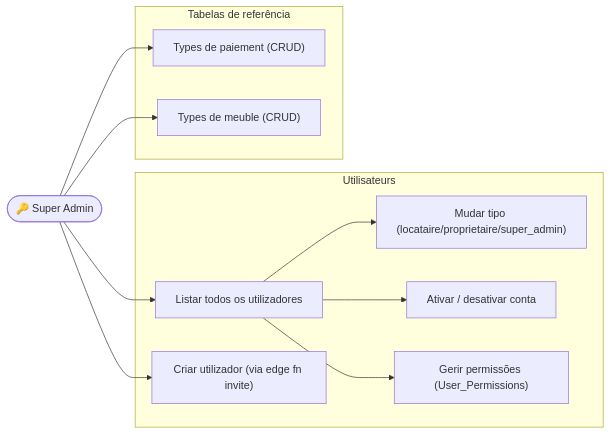
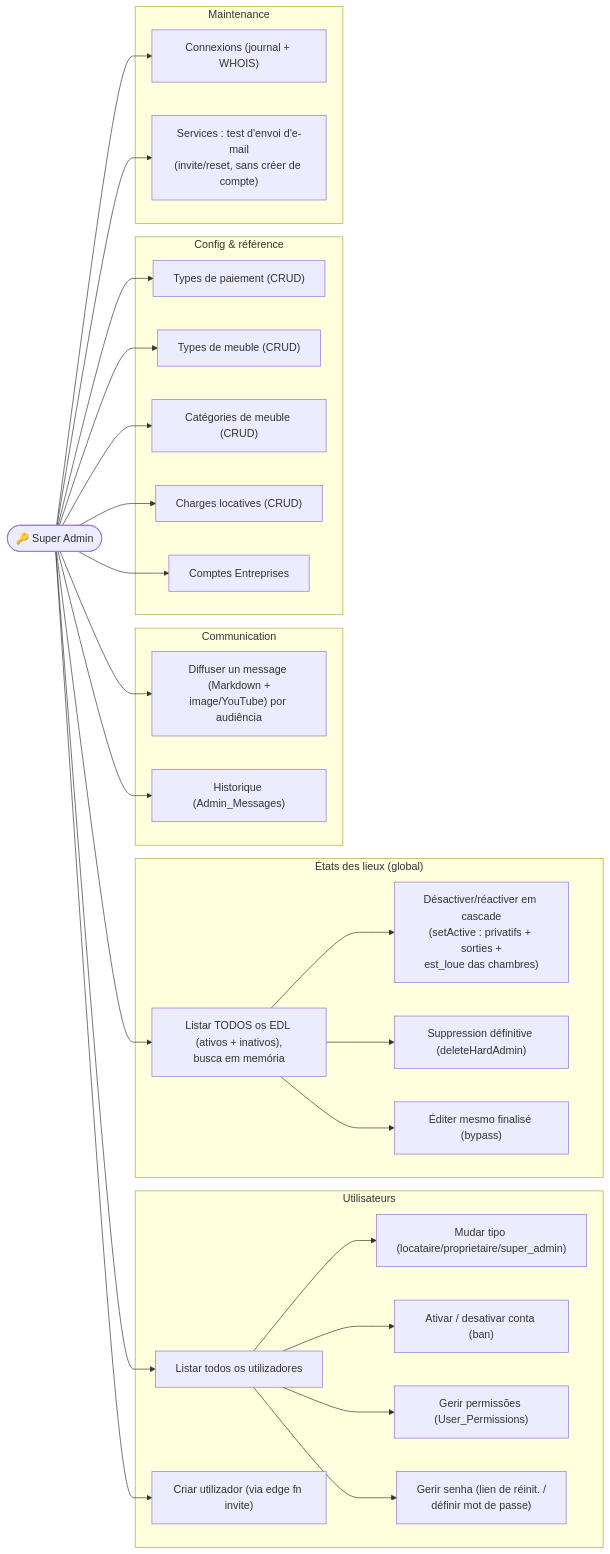
Before and after one commit to rhayonne/lacoloc: the fourth of 4 diagrams in diagrams/01_casos_de_uso.md, drawn with Mermaid. The commit also changed other lines of this file and 31 other files, not shown here.

````diff
--- a/diagrams/01_casos_de_uso.md
+++ b/diagrams/01_casos_de_uso.md
@@ -151,21 +201,45 @@
 ```mermaid
 flowchart LR
     A(["🔑 Super Admin"])
 
     subgraph Utilisateurs
         U1["Listar todos os utilizadores"]
         U2["Mudar tipo (locataire/proprietaire/super_admin)"]
-        U3["Ativar / desativar conta"]
+        U3["Ativar / desativar conta (ban)"]
         U4["Gerir permissões (User_Permissions)"]
         U5["Criar utilizador (via edge fn invite)"]
+        U6["Gerir senha (lien de réinit. /\ndéfinir mot de passe)"]
     end
 
-    subgraph Referencias["Tabelas de referência"]
+    subgraph EDLAdmin["États des lieux (global)"]
+        D1["Listar TODOS os EDL (ativos + inativos),\nbusca em memória"]
+        D2["Désactiver/réactiver em cascade\n(setActive : privatifs + sorties +\nest_loue das chambres)"]
+        D3["Suppression définitive (deleteHardAdmin)"]
+        D4["Éditer mesmo finalisé (bypass)"]
+    end
+
+    subgraph Comm["Communication"]
+        C1["Diffuser un message (Markdown +\nimage/YouTube) por audiência"]
+        C2["Historique (Admin_Messages)"]
+    end
+
+    subgraph Referencias["Config & référence"]
         R1["Types de paiement (CRUD)"]
         R2["Types de meuble (CRUD)"]
+        R3["Catégories de meuble (CRUD)"]
+        R4["Charges locatives (CRUD)"]
+        R5["Comptes Entreprises"]
     end
 
-    A --> U1 --> U2 & U3 & U4
+    subgraph Maint["Maintenance"]
+        M1["Connexions (journal + WHOIS)"]
+        M2["Services : test d'envoi d'e-mail\n(invite/reset, sans créer de compte)"]
+    end
+
+    A --> U1 --> U2 & U3 & U4 & U6
     A --> U5
-    A --> R1 & R2
+    A --> D1 --> D2 & D3 & D4
+    A --> C1 & C2
+    A --> R1 & R2 & R3 & R4 & R5
+    A --> M1 & M2
 ```
````
